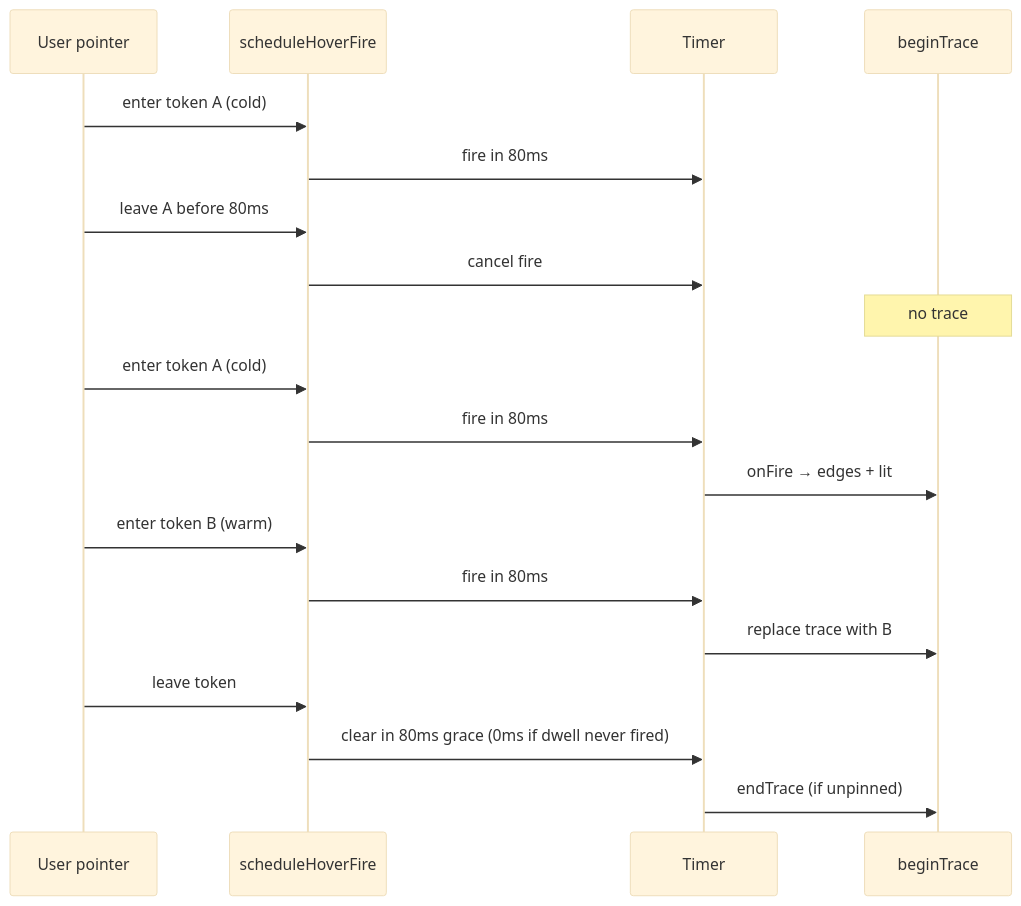
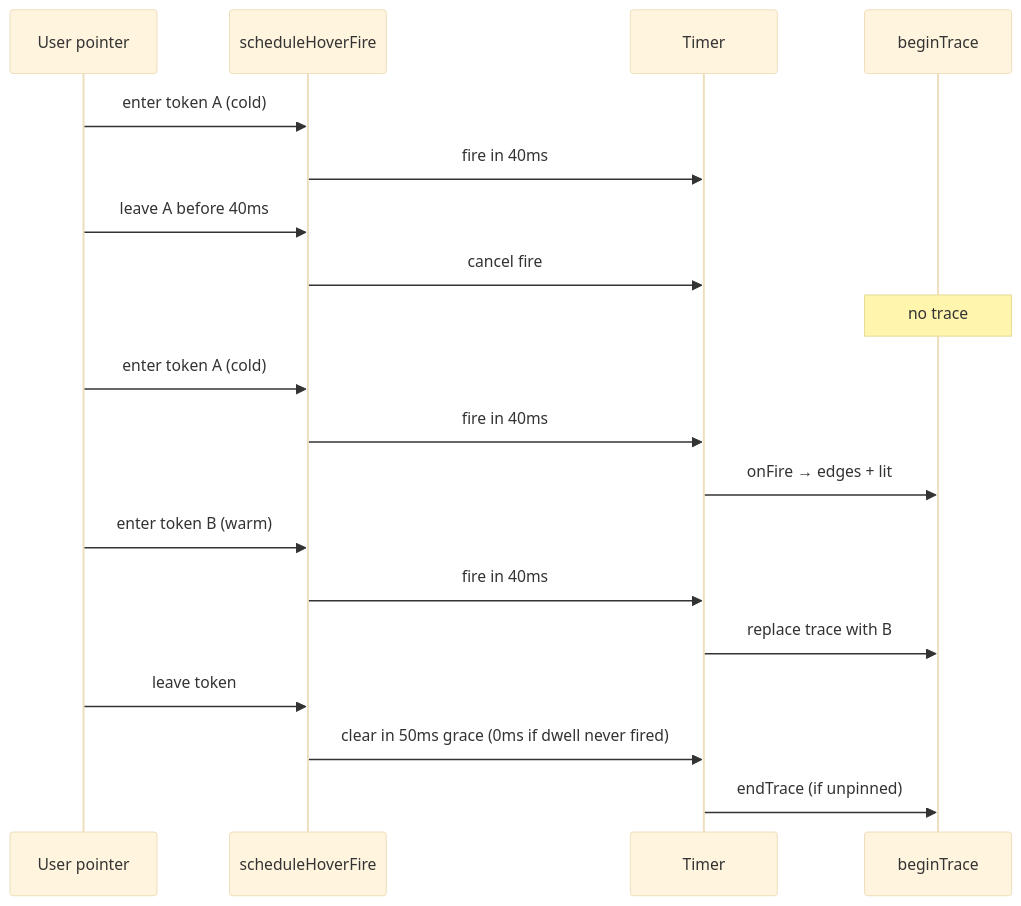
One commit to matkleve/codegrapher changed the second of 14 diagrams in docs/specs/system/preview-edges.interactions.supplement.md. Above: the diagram before and after it, drawn with Mermaid (base theme). The commit also changed other lines of this file and 48 other files, not shown here.

````diff
--- a/docs/specs/system/preview-edges.interactions.supplement.md
+++ b/docs/specs/system/preview-edges.interactions.supplement.md
@@ -48,24 +53,24 @@
 ```mermaid
 sequenceDiagram
   participant U as User pointer
   participant H as scheduleHoverFire
   participant T as Timer
   participant B as beginTrace
 
   U->>H: enter token A (cold)
-  H->>T: fire in 80ms
-  U->>H: leave A before 80ms
+  H->>T: fire in 40ms
+  U->>H: leave A before 40ms
   H->>T: cancel fire
   Note over B: no trace
 
   U->>H: enter token A (cold)
-  H->>T: fire in 80ms
+  H->>T: fire in 40ms
   T->>B: onFire → edges + lit
   U->>H: enter token B (warm)
-  H->>T: fire in 80ms
+  H->>T: fire in 40ms
   T->>B: replace trace with B
 
   U->>H: leave token
-  H->>T: clear in 80ms grace (0ms if dwell never fired)
+  H->>T: clear in 50ms grace (0ms if dwell never fired)
   T->>B: endTrace (if unpinned)
 ```
````
